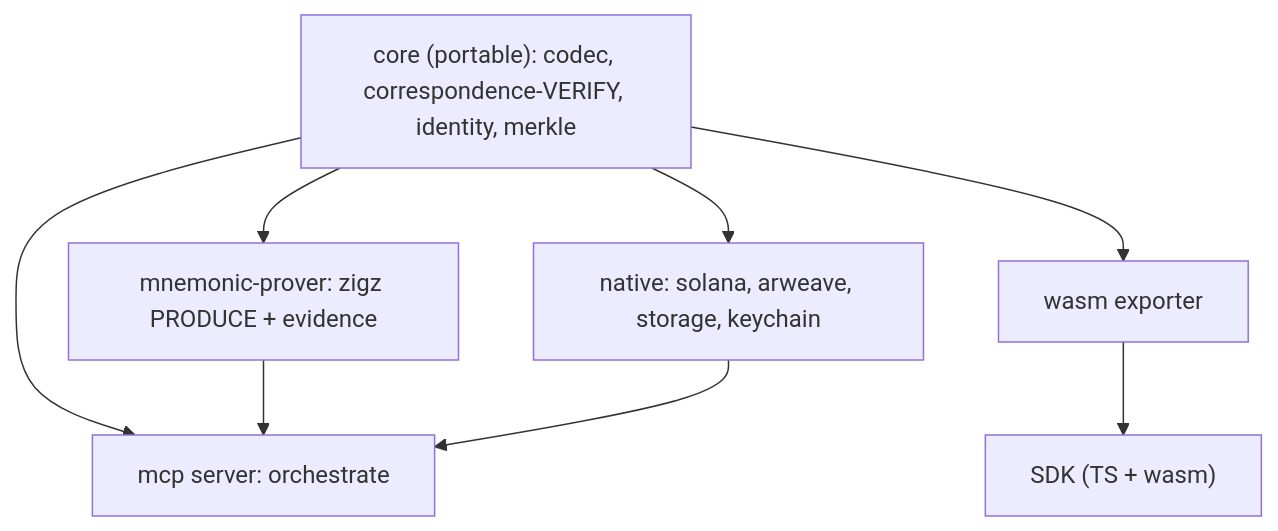
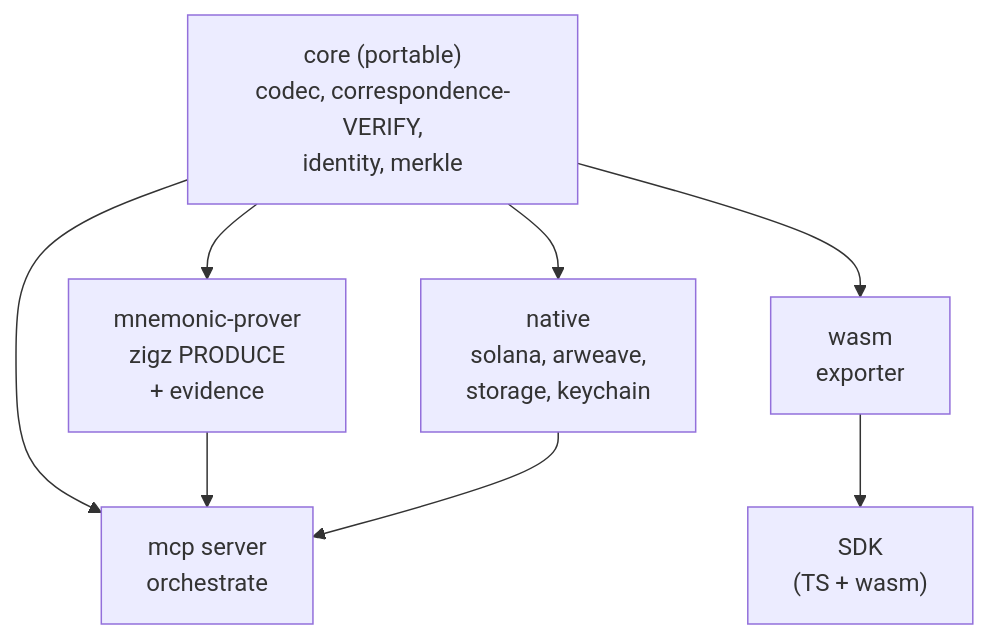
Before and after one commit to mnemonik-xyz/monorepo: the sixth of 8 diagrams in work/research/computation-proof/architecture.md, drawn with Mermaid. The commit also changed other lines of this file, not shown here.

First line of the commit message:
docs: refactor diagrams for width — multiline labels, top-down chains

````diff
--- a/work/research/computation-proof/architecture.md
+++ b/work/research/computation-proof/architecture.md
@@ -178,16 +178,16 @@
 ```mermaid
 flowchart TD
-    core["core (portable): codec, correspondence-VERIFY, identity, merkle"]
-    prover["mnemonic-prover: zigz PRODUCE + evidence"]
-    wasm["wasm exporter"]
-    native["native: solana, arweave, storage, keychain"]
-    mcp["mcp server: orchestrate"]
-    sdk["SDK (TS + wasm)"]
+    core["core (portable)<br/>codec, correspondence-VERIFY,<br/>identity, merkle"]
+    prover["mnemonic-prover<br/>zigz PRODUCE<br/>+ evidence"]
+    wasm["wasm<br/>exporter"]
+    native["native<br/>solana, arweave,<br/>storage, keychain"]
+    mcp["mcp server<br/>orchestrate"]
+    sdk["SDK<br/>(TS + wasm)"]
     core --> prover
     core --> wasm
     core --> native
     core --> mcp
     prover --> mcp
     native --> mcp
     wasm --> sdk
 ```
````
